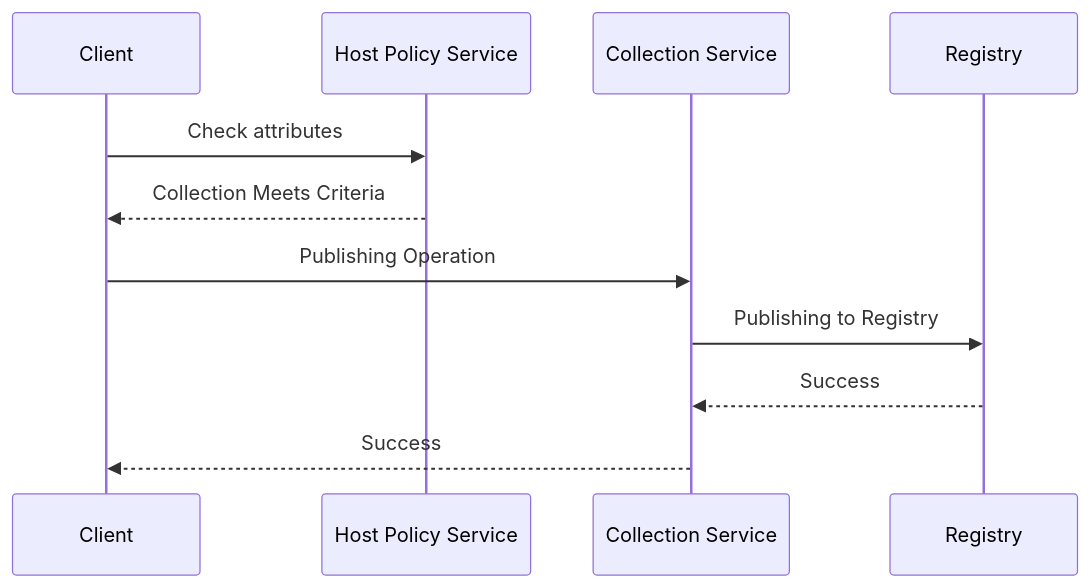
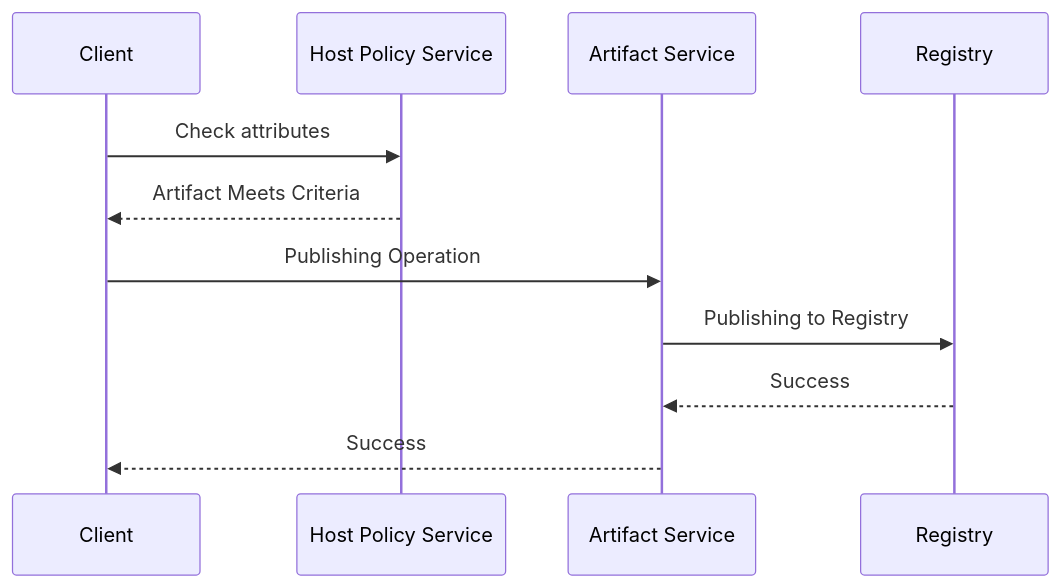
One commit to emporous/community changed the fifth of 9 diagrams in docs/design.md. Above: the diagram before and after it, drawn with Mermaid. The commit also changed other lines of this file, not shown here.

````diff
--- a/docs/design.md
+++ b/docs/design.md
@@ -408,13 +329,13 @@
 ```mermaid
 sequenceDiagram;
 participant Client
 participant Host Policy Service
-participant Collection Service
+participant Artifact Service
 participant Registry
 Client->>Host Policy Service: Check attributes
-Host Policy Service-->>Client: Collection Meets Criteria
-Client->>Collection Service: Publishing Operation
-Collection Service->>Registry: Publishing to Registry
-Registry-->>Collection Service: Success
-Collection Service-->>Client: Success
+Host Policy Service-->>Client: Artifact Meets Criteria
+Client->>Artifact Service: Publishing Operation
+Artifact Service->>Registry: Publishing to Registry
+Registry-->>Artifact Service: Success
+Artifact Service-->>Client: Success
 ```
````
